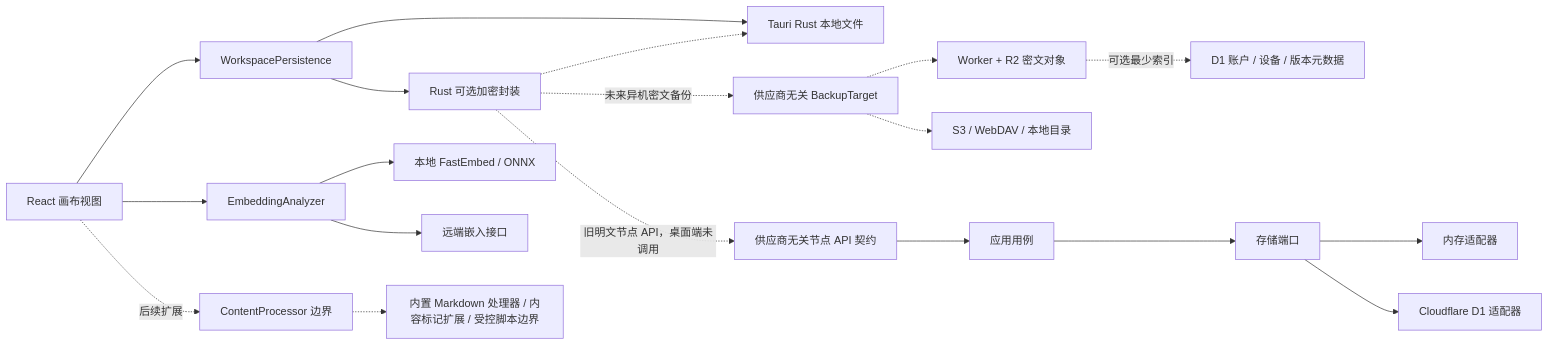
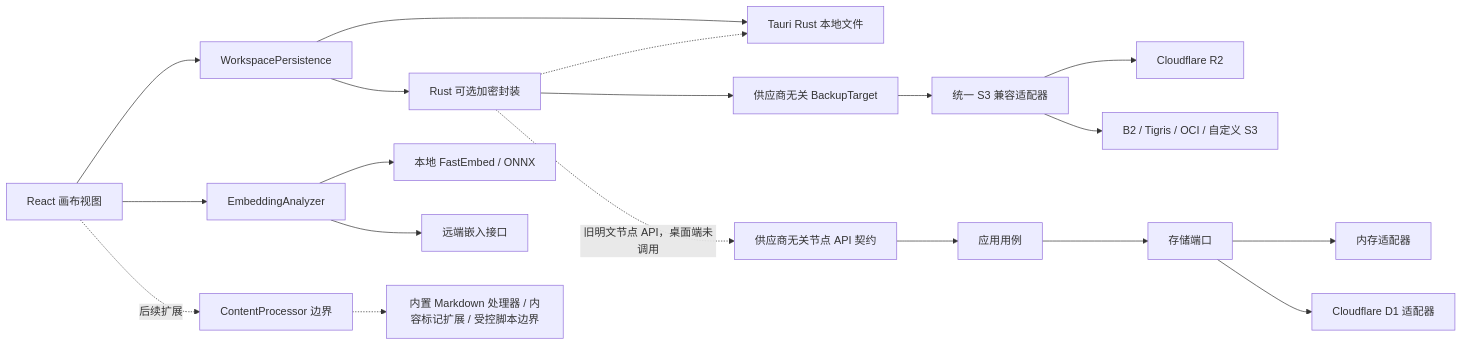
Before and after one commit to 3fteye/linked-info: the diagram in DEVELOPMENT.md, drawn with Mermaid. The commit also changed other lines of this file and 11 other files, not shown here.

````diff
--- a/DEVELOPMENT.md
+++ b/DEVELOPMENT.md
@@ -34,21 +34,21 @@
 ```mermaid
 flowchart LR
     UI["React 画布视图"] --> WP["WorkspacePersistence"]
     WP --> TF["Tauri Rust 本地文件"]
     WP --> ENC["Rust 可选加密封装"]
     ENC -.-> TF
     UI --> EA["EmbeddingAnalyzer"]
     EA --> LE["本地 FastEmbed / ONNX"]
     EA --> RE["远端嵌入接口"]
     UI -. "后续扩展" .-> CP["ContentProcessor 边界"]
     CP -.-> BUILTIN["内置 Markdown 处理器 / 内容标记扩展 / 受控脚本边界"]
-    ENC -. "未来异机密文备份" .-> BT["供应商无关 BackupTarget"]
-    BT -.-> R2["Worker + R2 密文对象"]
-    BT -.-> OTHER["S3 / WebDAV / 本地目录"]
-    R2 -. "可选最少索引" .-> D1META["D1 账户 / 设备 / 版本元数据"]
+    ENC --> BT["供应商无关 BackupTarget"]
+    BT --> S3["统一 S3 兼容适配器"]
+    S3 --> R2["Cloudflare R2"]
+    S3 --> OTHER["B2 / Tigris / OCI / 自定义 S3"]
     ENC -. "旧明文节点 API，桌面端未调用" .-> API["供应商无关节点 API 契约"]
     API --> APP["应用用例"]
     APP --> PORT["存储端口"]
     PORT --> MEM["内存适配器"]
     PORT --> D1["Cloudflare D1 适配器"]
 ```
````
